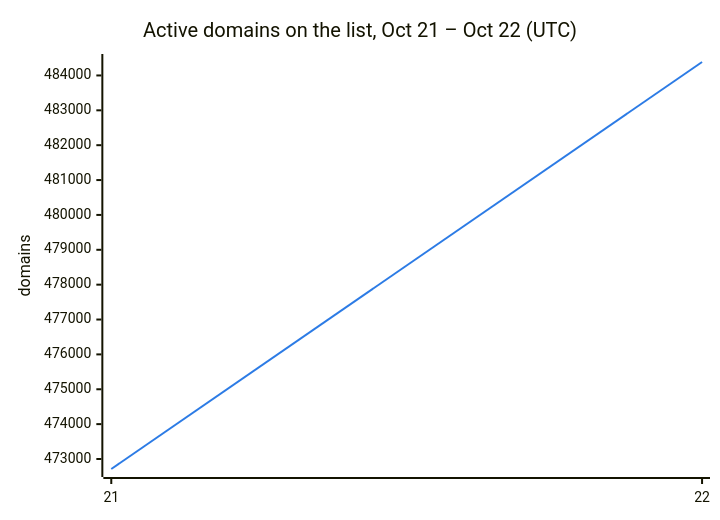
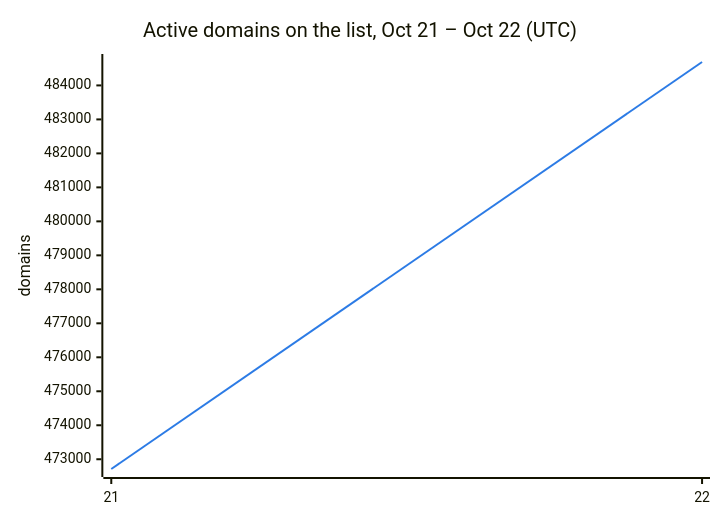
One commit to DNSBunker/CTI changed the second of 3 diagrams in README.md. Above: the diagram before and after it, drawn with Mermaid. The commit also changed other lines of this file and 3 other files, not shown here.

````diff
--- a/README.md
+++ b/README.md
@@ -38,8 +38,8 @@
 ```mermaid
 %%{init: {"themeVariables": {"xyChart": {"plotColorPalette": "#2c7be5"}}}}%%
 xychart-beta
     title "Active domains on the list, Oct 21 – Oct 22 (UTC)"
     x-axis ["21", "22"]
     y-axis "domains"
-    line [472713, 484386]
+    line [472713, 484689]
 ```
````
